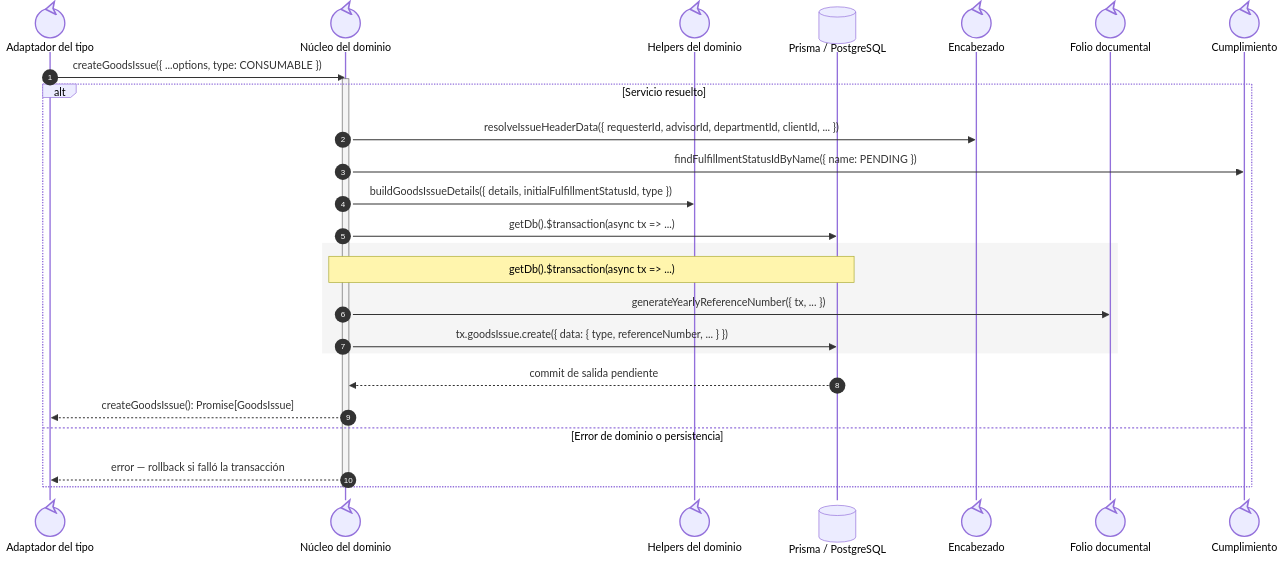
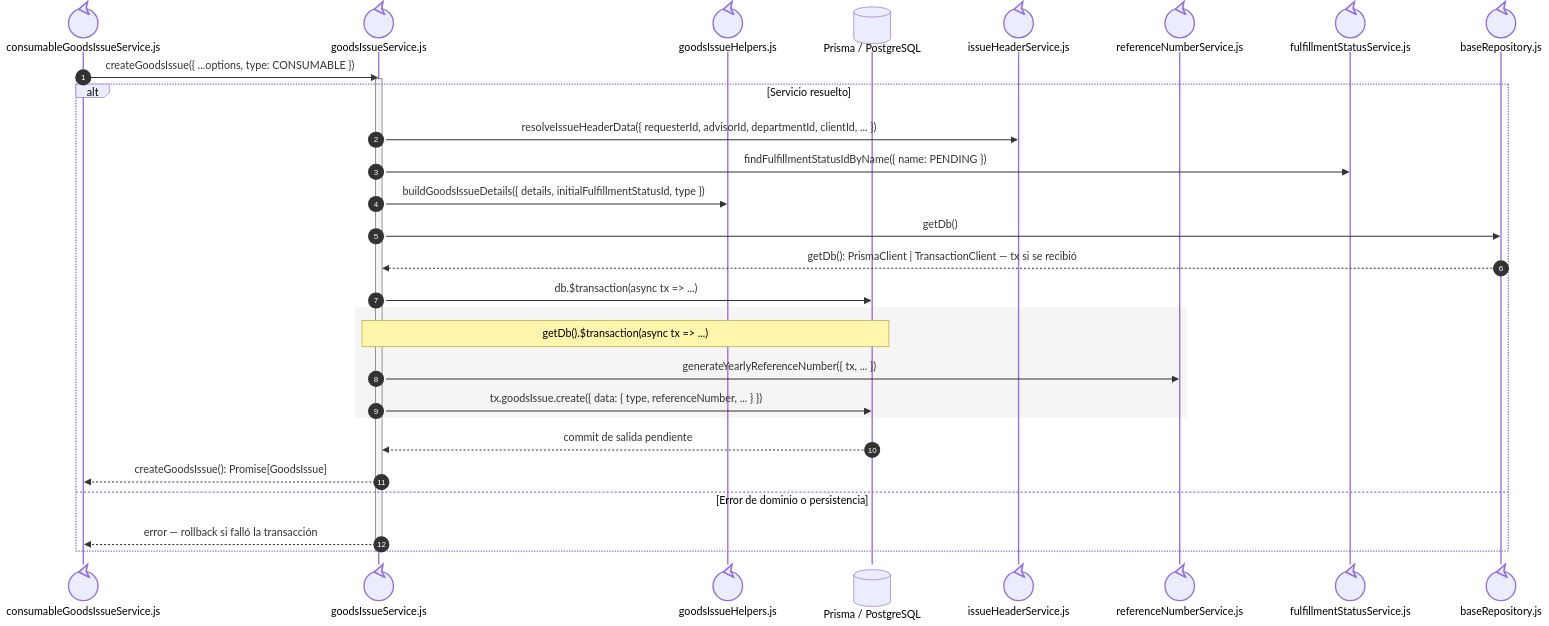
Before and after one commit to gpgsistemas01/nexus: the fourth of 4 diagrams in docs/architecture/views/processes/backend-code-sequences/issues/cu-sal-16.md, drawn with Mermaid. The commit also changed other lines of this file and 192 other files, not shown here.

Commit message:
docs: make sequence file ownership explicit and align code flows

````diff
--- a/docs/architecture/views/processes/backend-code-sequences/issues/cu-sal-16.md
+++ b/docs/architecture/views/processes/backend-code-sequences/issues/cu-sal-16.md
@@ -103,30 +158,34 @@
 ```mermaid
 sequenceDiagram
     autonumber
-    participant Facade@{ "type": "control" } as Adaptador del tipo
-    participant Core@{ "type": "control" } as Núcleo del dominio
-    participant Helpers@{ "type": "control" } as Helpers del dominio
+    participant Facade@{ "type": "control" } as consumableGoodsIssueService.js
+    participant Core@{ "type": "control" } as goodsIssueService.js
+    participant Helpers@{ "type": "control" } as goodsIssueHelpers.js
     participant Prisma@{ "type": "database" } as Prisma / PostgreSQL
-    participant Header@{ "type": "control" } as Encabezado
-    participant Reference@{ "type": "control" } as Folio documental
-    participant Fulfillment@{ "type": "control" } as Cumplimiento
+    participant Header@{ "type": "control" } as issueHeaderService.js
+    participant Reference@{ "type": "control" } as referenceNumberService.js
+    participant Fulfillment@{ "type": "control" } as fulfillmentStatusService.js
+
+    participant FileBaseRepository@{ "type": "control" } as baseRepository.js
 
     Facade->>Core: createGoodsIssue({ ...options, type: CONSUMABLE })
     activate Core
     alt Servicio resuelto
         Core->>Header: resolveIssueHeaderData({ requesterId, advisorId, departmentId, clientId, ... })
         Core->>Fulfillment: findFulfillmentStatusIdByName({ name: PENDING })
         Core->>Helpers: buildGoodsIssueDetails({ details, initialFulfillmentStatusId, type })
-        Core->>Prisma: getDb().$transaction(async tx => ...)
+        Core->>FileBaseRepository: getDb()
+        FileBaseRepository-->>Core: getDb(): PrismaClient | TransactionClient — tx si se recibió
+        Core->>Prisma: db.$transaction(async tx => ...)
         rect rgb(245, 245, 245)
             Note over Core,Prisma: getDb().$transaction(async tx => ...)
             Core->>Reference: generateYearlyReferenceNumber({ tx, ... })
             Core->>Prisma: tx.goodsIssue.create({ data: { type, referenceNumber, ... } })
         end
         Prisma-->>Core: commit de salida pendiente
         Core-->>Facade: createGoodsIssue(): Promise[GoodsIssue]
     else Error de dominio o persistencia
         Core-->>Facade: error — rollback si falló la transacción
     end
     deactivate Core
 ```
````
